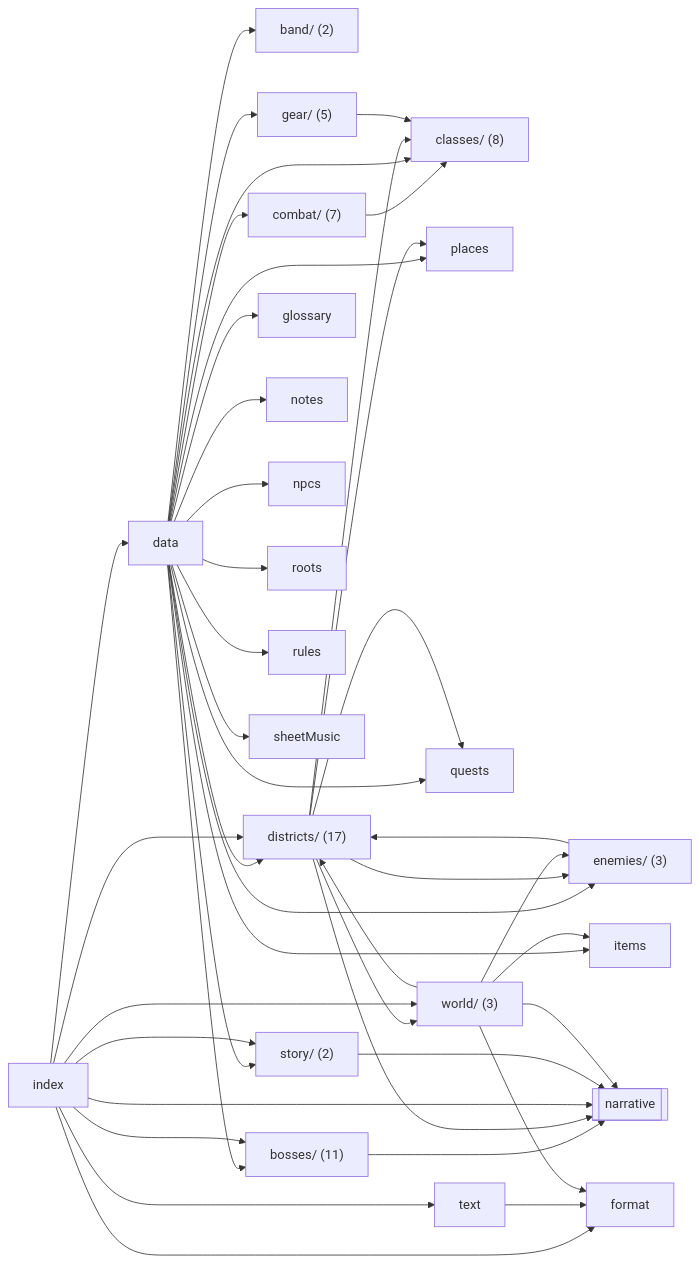
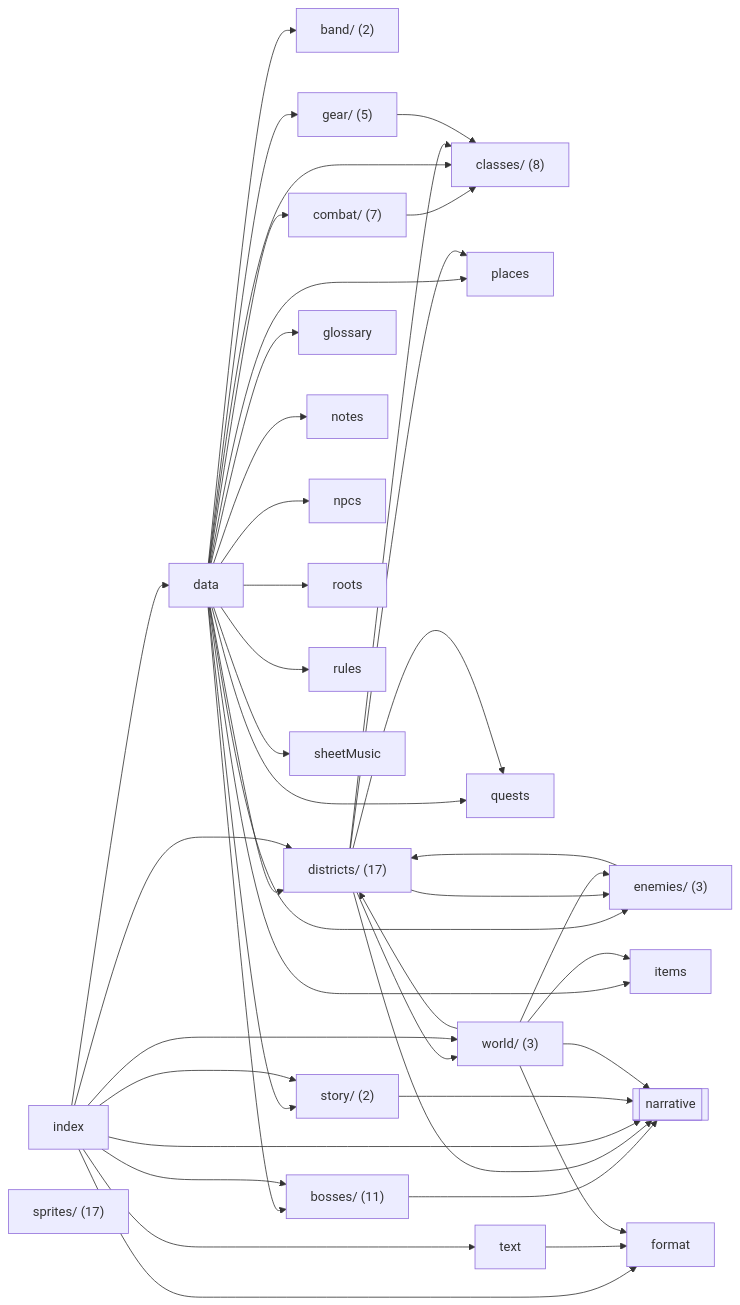
The diagram in docs/reference/code-map/content.md (OrangeB0lt/Cyber-funk), drawn with Mermaid before and after one commit. The commit also changed other lines of this file and 30 other files, not shown here.

````diff
--- a/docs/reference/code-map/content.md
+++ b/docs/reference/code-map/content.md
@@ -11,68 +11,69 @@
 ```mermaid
 flowchart LR
   n_band_["band/ (2)"]
   n_bosses_["bosses/ (11)"]
   n_classes_["classes/ (8)"]
   n_combat_["combat/ (7)"]
   n_data["data"]
   n_districts_["districts/ (17)"]
   n_enemies_["enemies/ (3)"]
   n_format["format"]
   n_gear_["gear/ (5)"]
   n_glossary["glossary"]
   n_index["index"]
   n_items["items"]
   n_notes["notes"]
   n_npcs["npcs"]
   n_places["places"]
   n_quests["quests"]
   n_roots["roots"]
   n_rules["rules"]
   n_sheetMusic["sheetMusic"]
+  n_sprites_["sprites/ (17)"]
   n_story_["story/ (2)"]
   n_text["text"]
   n_world_["world/ (3)"]
   n_ext_narrative[["narrative"]]
   n_bosses_ --> n_ext_narrative
   n_combat_ --> n_classes_
   n_data --> n_band_
   n_data --> n_bosses_
   n_data --> n_classes_
   n_data --> n_combat_
   n_data --> n_districts_
   n_data --> n_enemies_
   n_data --> n_gear_
   n_data --> n_glossary
   n_data --> n_items
   n_data --> n_notes
   n_data --> n_npcs
   n_data --> n_places
   n_data --> n_quests
   n_data --> n_roots
   n_data --> n_rules
   n_data --> n_sheetMusic
   n_data --> n_story_
   n_districts_ --> n_classes_
   n_districts_ --> n_enemies_
   n_districts_ --> n_ext_narrative
   n_districts_ --> n_places
   n_districts_ --> n_quests
   n_districts_ --> n_world_
   n_enemies_ --> n_districts_
   n_gear_ --> n_classes_
   n_index --> n_bosses_
   n_index --> n_data
   n_index --> n_districts_
   n_index --> n_ext_narrative
   n_index --> n_format
   n_index --> n_story_
   n_index --> n_text
   n_index --> n_world_
   n_story_ --> n_ext_narrative
   n_text --> n_format
   n_world_ --> n_districts_
   n_world_ --> n_enemies_
   n_world_ --> n_ext_narrative
   n_world_ --> n_format
   n_world_ --> n_items
 ```
````
